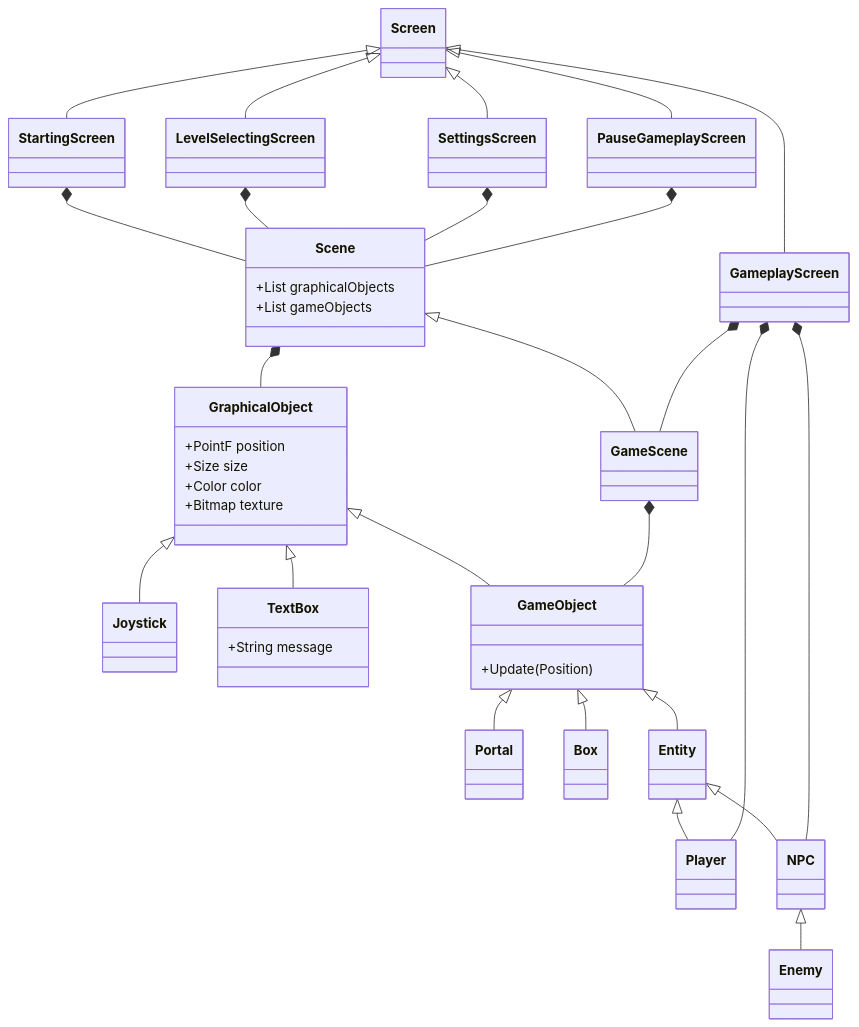
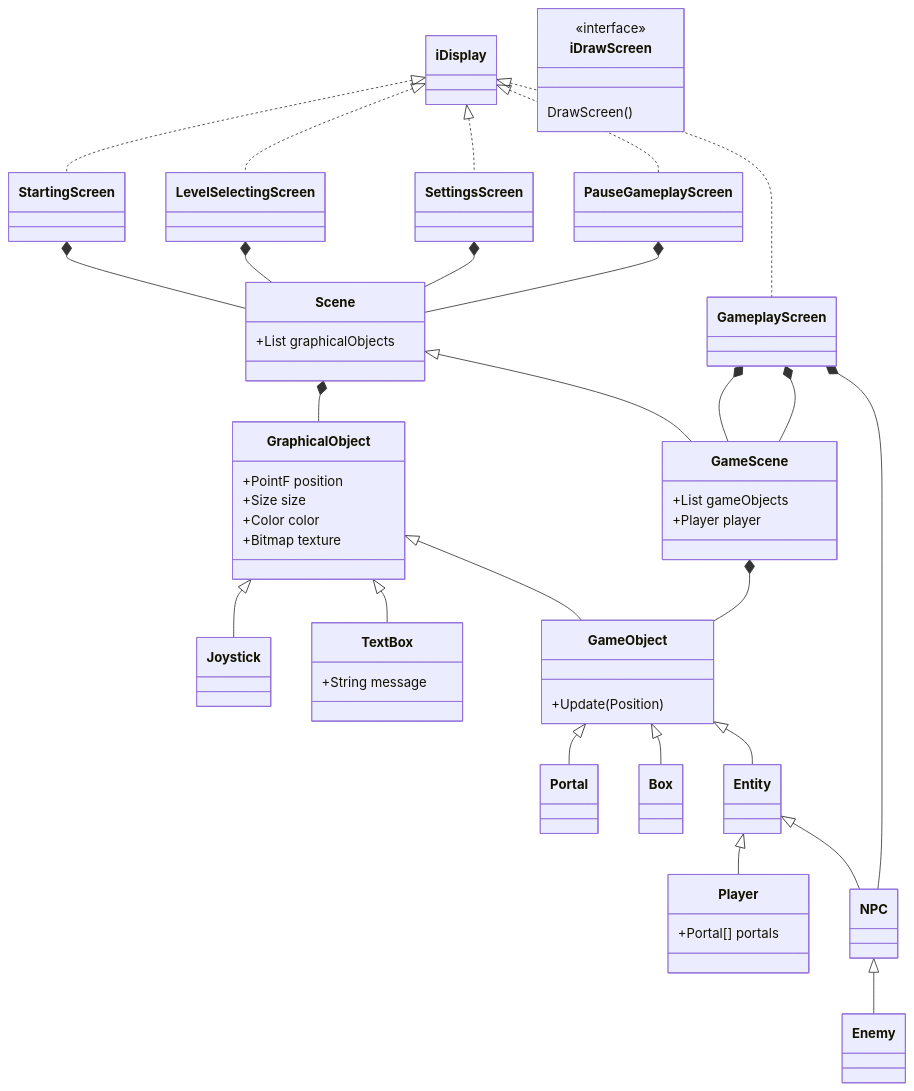
Before and after one commit to dRoycon/HS_SoftwareEngineeringProject: the diagram in planning_class_structure/README.md, drawn with Mermaid. The commit also changed 8 other files, not shown here.

````diff
--- a/planning_class_structure/README.md
+++ b/planning_class_structure/README.md
@@ -3,60 +3,71 @@
 ``` mermaid
 classDiagram
-    Screen <|-- StartingScreen
-    Screen <|-- LevelSelectingScreen
-    Screen <|-- SettingsScreen
-    Screen <|-- PauseGameplayScreen
-    Screen <|-- GameplayScreen
+    iDisplay <|.. StartingScreen
+    iDisplay <|.. LevelSelectingScreen
+    iDisplay <|.. SettingsScreen
+    iDisplay <|.. PauseGameplayScreen
+    iDisplay <|.. GameplayScreen
 
     StartingScreen *-- Scene
     LevelSelectingScreen *-- Scene
     SettingsScreen *-- Scene
     PauseGameplayScreen *-- Scene
 
     Scene *-- GraphicalObject
     Scene <|-- GameScene 
 
     GraphicalObject <|-- Joystick
     GraphicalObject <|-- TextBox
     GraphicalObject <|-- GameObject
 
     GameObject <|-- Portal
     GameObject <|-- Box
     GameObject <|-- Entity
     GameScene *-- GameObject 
 
 
     Entity <|-- Player
     Entity <|-- NPC
 
     NPC <|-- Enemy
 
     GameplayScreen *-- GameScene
     GameplayScreen *-- NPC
-    GameplayScreen *-- Player
+    GameplayScreen *-- GameScene
+
+    class iDrawScreen{
+        <<interface>>
+        DrawScreen()
+    }
 
     class GraphicalObject{
         +PointF position
         +Size size
         +Color color
         +Bitmap texture
     }
 
     class GameObject{
         +Update(Position)
     }
 
     class Scene{
         +List<GraphicalObject> graphicalObjects
     }
 
-    class Scene{
+    class GameScene{
         +List<GameObject> gameObjects
+        +Player player
+
+    }
+
+    class Player{
+        +Portal[] portals
     }
 
     class TextBox{
         +String message
     }
 
 
 ```
````
